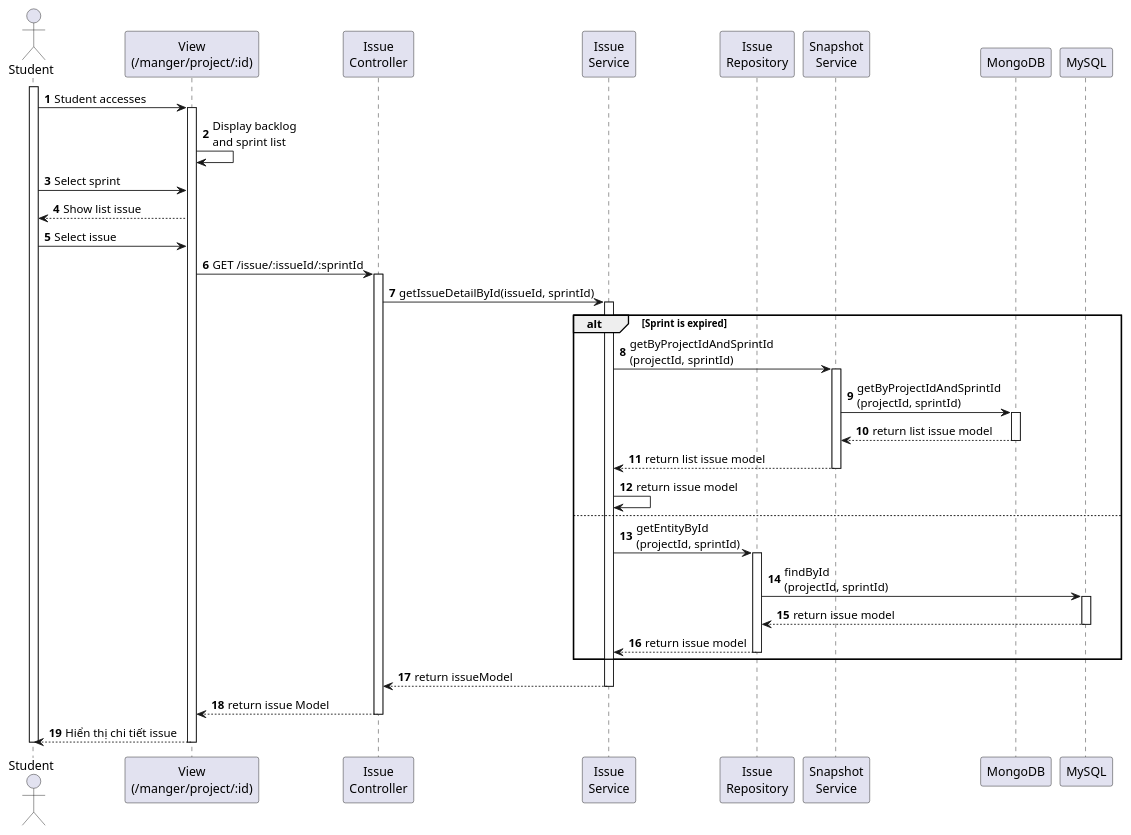
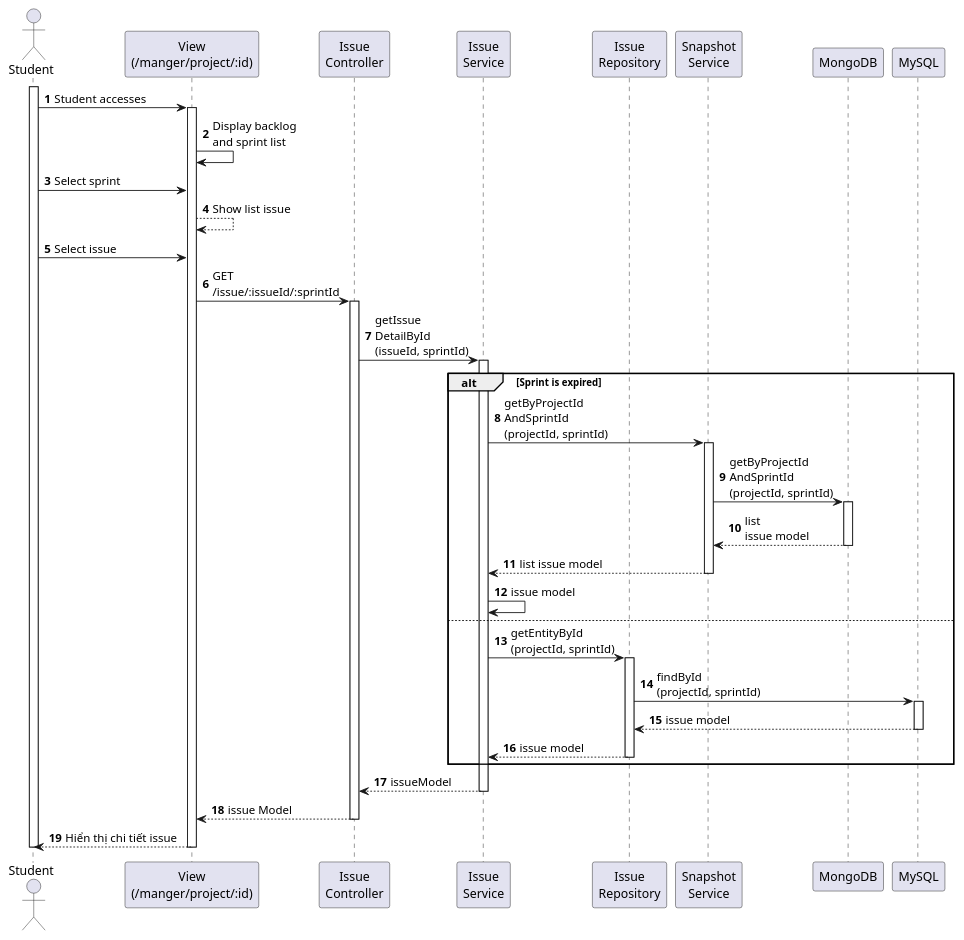
The diagram in swagger/sequence/student/issue_view_detail.puml (tandang2003/KLTN-Agile-Scrum-Tuan-Duc), drawn with PlantUML before and after one commit. The commit also changed 29 other files, not shown here.

Commit message:
add sequence

```diff
--- a/swagger/sequence/student/issue_view_detail.puml
+++ b/swagger/sequence/student/issue_view_detail.puml
@@ -1,51 +1,51 @@
 @startuml
 
 autonumber
 
 actor "Student" as SV
 
 participant "View\n(/manger/project/:id)" as  View
 participant "Issue\nController" as  Controller
 participant "Issue\nService" as Service
 participant "Issue\nRepository" as Repo
 participant "Snapshot\nService" as SnapshotService
 activate SV
 SV -> View : Student accesses
 activate View
 View -> View : Display backlog\nand sprint list
 SV -> View : Select sprint
-View --> SV: Show list issue
+View --> View: Show list issue
 SV -> View: Select issue
-View -> Controller : GET /issue/:issueId/:sprintId
+View -> Controller : GET \n/issue/:issueId/:sprintId
 activate Controller
-Controller -> Service : getIssueDetailById(issueId, sprintId)
+Controller -> Service : getIssue\nDetailById\n(issueId, sprintId)
 activate Service
 alt Sprint is expired
-    Service -> SnapshotService : getByProjectIdAndSprintId\n(projectId, sprintId)
+    Service -> SnapshotService : getByProjectId\nAndSprintId\n(projectId, sprintId)
     activate SnapshotService
-    SnapshotService -> MongoDB: getByProjectIdAndSprintId\n(projectId, sprintId)
+    SnapshotService -> MongoDB: getByProjectId\nAndSprintId\n(projectId, sprintId)
     activate MongoDB
-    MongoDB --> SnapshotService: return list issue model
+    MongoDB --> SnapshotService:  list\nissue model
     deactivate MongoDB
-    SnapshotService --> Service: return list issue model
+    SnapshotService --> Service:  list issue model
     deactivate SnapshotService
-    Service -> Service: return issue model
+    Service -> Service:  issue model
 else
     Service -> Repo : getEntityById\n(projectId, sprintId)
     activate Repo
     Repo -> MySQL: findById\n(projectId, sprintId)
     activate MySQL
-    MySQL --> Repo: return issue model
+    MySQL --> Repo:  issue model
     deactivate MySQL
-    Repo --> Service: return issue model
+    Repo --> Service:  issue model
     deactivate Repo
 end
 
-Service --> Controller : return issueModel
+Service --> Controller :  issueModel
 deactivate Service
-Controller --> View : return issue Model
+Controller --> View :  issue Model
 deactivate Controller
 View --> SV : Hiển thị chi tiết issue
 deactivate View
 deactivate SV
 @enduml
```
